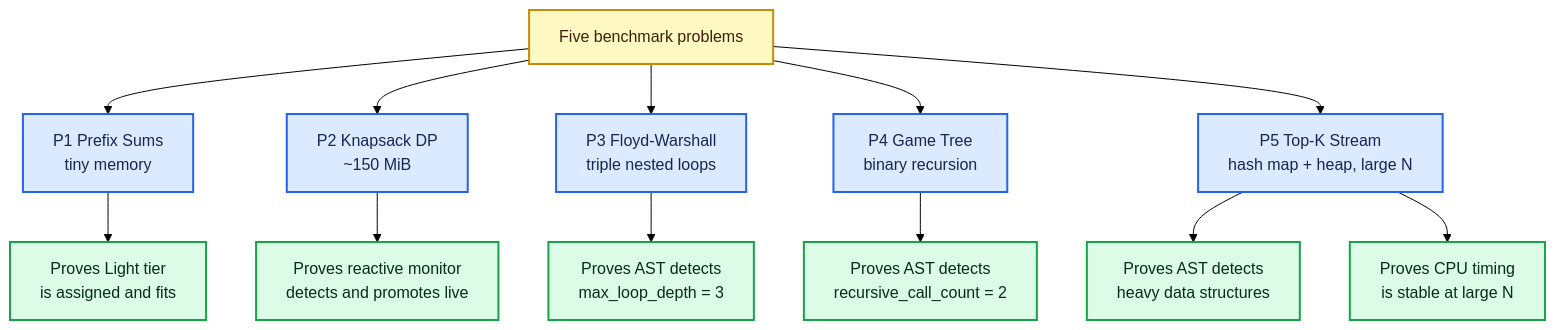
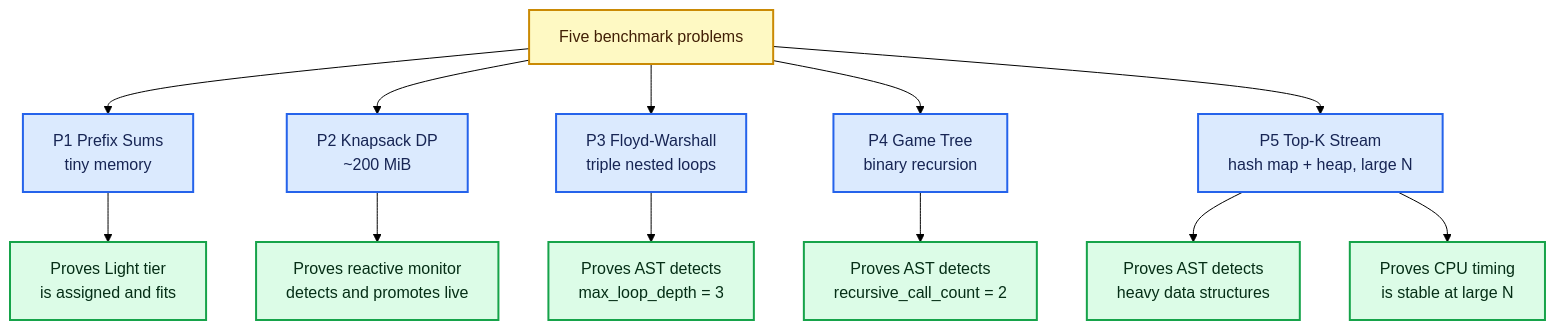
One commit to Hemanthkumar2k04/RAAS-OCJS changed the diagram in docs/BENCHMARK_SUITE.md. Above: the diagram before and after it, drawn with Mermaid (forest theme). The commit also changed other lines of this file and 21 other files, not shown here.

````diff
--- a/docs/BENCHMARK_SUITE.md
+++ b/docs/BENCHMARK_SUITE.md
@@ -9,21 +9,21 @@
 ```mermaid
 flowchart TD
     S["Five benchmark problems"]:::start
 
     S --> P1["P1 Prefix Sums<br/>tiny memory"]:::benchmark
-    S --> P2["P2 Knapsack DP<br/>~150 MiB"]:::benchmark
+    S --> P2["P2 Knapsack DP<br/>~200 MiB"]:::benchmark
     S --> P3["P3 Floyd-Warshall<br/>triple nested loops"]:::benchmark
     S --> P4["P4 Game Tree<br/>binary recursion"]:::benchmark
     S --> P5["P5 Top-K Stream<br/>hash map + heap, large N"]:::benchmark
 
     P1 --> A["Proves Light tier<br/>is assigned and fits"]:::result
     P2 --> B["Proves reactive monitor<br/>detects and promotes live"]:::result
     P3 --> C["Proves AST detects<br/>max_loop_depth = 3"]:::result
     P4 --> D["Proves AST detects<br/>recursive_call_count = 2"]:::result
     P5 --> E["Proves AST detects<br/>heavy data structures"]:::result
     P5 --> F["Proves CPU timing<br/>is stable at large N"]:::result
 
     classDef benchmark fill:#dbeafe,stroke:#2563eb,stroke-width:2px,color:#172554
     classDef result fill:#dcfce7,stroke:#16a34a,stroke-width:2px,color:#052e16
     classDef start fill:#fef9c3,stroke:#ca8a04,stroke-width:2px,color:#422006
 ```
````
